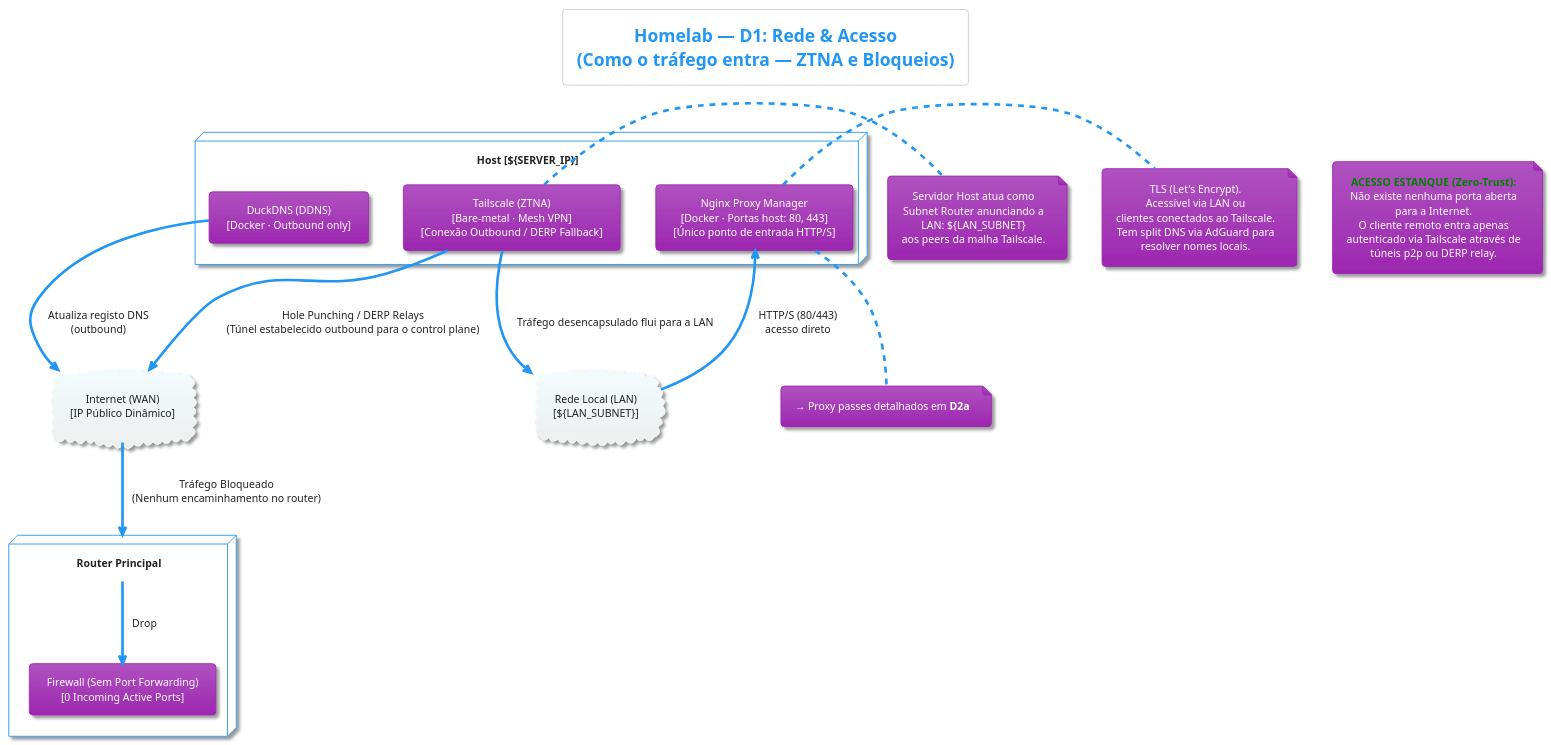
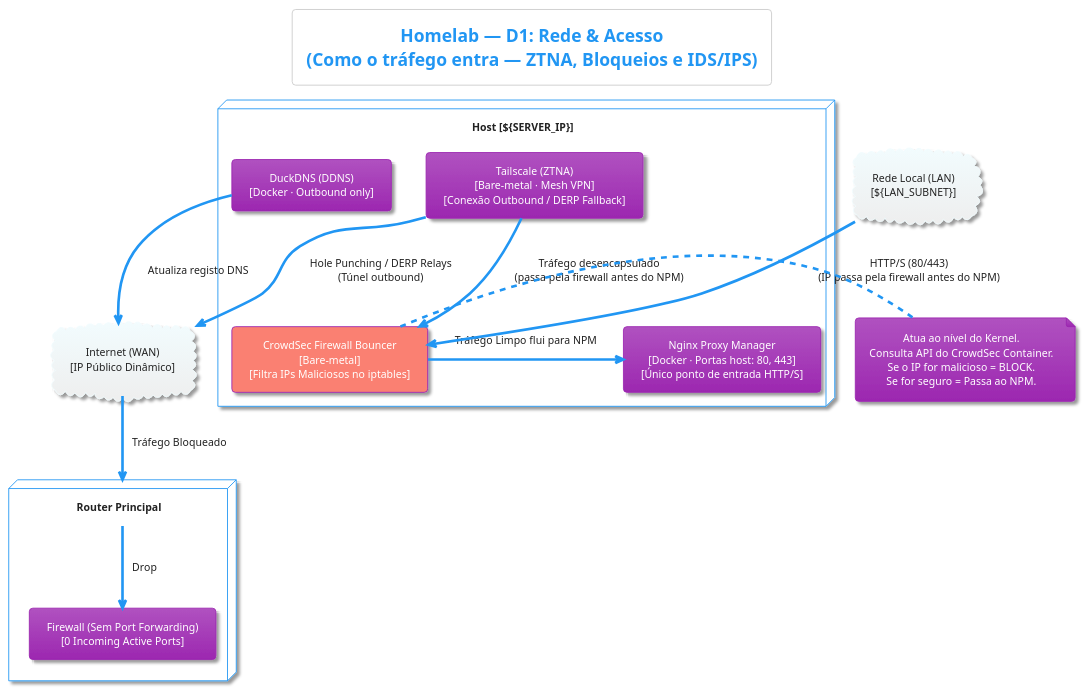
The diagram in Documents/DiagramasC4model/D1_Rede_Acesso.puml (GuiCoelhoC/HomeLab_Public), drawn with PlantUML before and after one commit. The commit also changed 9 other files, not shown here.

First line of the commit message:
docs: atualizar diagramas C4 com arquitetura CrowdSec (IDS/IPS)

```diff
--- a/Documents/DiagramasC4model/D1_Rede_Acesso.puml
+++ b/Documents/DiagramasC4model/D1_Rede_Acesso.puml
@@ -1,74 +1,43 @@
 @startuml D1_Rede_Acesso
 !theme materia
-title Homelab — D1: Rede & Acesso\n(Como o tráfego entra — ZTNA e Bloqueios)
+title Homelab — D1: Rede & Acesso\n(Como o tráfego entra — ZTNA, Bloqueios e IDS/IPS)
 
 top to bottom direction
 skinparam defaultTextAlignment center
 skinparam nodesep 40
 skinparam ranksep 55
 
-' ── Sistemas externos ─────────────────────────────────────────
 cloud "Internet (WAN)\n[IP Público Dinâmico]" as wan
 cloud "Rede Local (LAN)\n[${LAN_SUBNET}]" as lan
 
-' ── Router ────────────────────────────────────────────────────
 node "Router Principal" as router {
     card "Firewall (Sem Port Forwarding)\n[0 Incoming Active Ports]" as nat
 }
 
-' ── Host ──────────────────────────────────────────────────────
 node "Host [${SERVER_IP}]" as host {
-
+    card "CrowdSec Firewall Bouncer\n[Bare-metal]\n[Filtra IPs Maliciosos no iptables]" as bouncer #Salmon
+    card "Tailscale (ZTNA)\n[Bare-metal · Mesh VPN]\n[Conexão Outbound / DERP Fallback]" as vpn
+    card "Nginx Proxy Manager\n[Docker · Portas host: 80, 443]\n[Único ponto de entrada HTTP/S]" as npm
     card "DuckDNS (DDNS)\n[Docker · Outbound only]" as ddns
-
-    card "Tailscale (ZTNA)\n[Bare-metal · Mesh VPN]\n[Conexão Outbound / DERP Fallback]" as vpn
-
-    card "Nginx Proxy Manager\n[Docker · Portas host: 80, 443]\n[Único ponto de entrada HTTP/S]" as npm
-
+    
+    bouncer -> npm : "Tráfego Limpo flui para NPM"
 }
 
-' ── Fluxos a partir da WAN ───────────────────────────────────
-wan --> router : "Tráfego Bloqueado\n(Nenhum encaminhamento no router)"
+wan --> router : "Tráfego Bloqueado"
 router --> nat : "Drop"
 
-' ── Ligação Tailscale (Perfurando a Rede) ────────────────────
-vpn --> wan : "Hole Punching / DERP Relays\n(Túnel estabelecido outbound para o control plane)"
-note right of vpn
-  Servidor Host atua como
-  Subnet Router anunciando a
-  LAN: ${LAN_SUBNET}
-  aos peers da malha Tailscale.
-end note
+vpn --> wan : "Hole Punching / DERP Relays\n(Túnel outbound)"
 
-' ── Acesso LAN direto ────────────────────────────────────────
-lan --> npm : "HTTP/S (80/443)\nacesso direto"
-vpn --> lan : "Tráfego desencapsulado flui para a LAN"
+lan --> bouncer : "HTTP/S (80/443)\n(IP passa pela firewall antes do NPM)"
+vpn --> bouncer : "Tráfego desencapsulado\n(passa pela firewall antes do NPM)"
 
-' ── DDNS outbound ────────────────────────────────────────────
-ddns --> wan : "Atualiza registo DNS\n(outbound)"
+ddns --> wan : "Atualiza registo DNS"
 
-' ── Bloqueio explícito ────────────────────────────────────────
-note as block
-  <color:green>**ACESSO ESTANQUE (Zero-Trust):**</color>
-  Não existe nenhuma porta aberta
-  para a Internet.
-  O cliente remoto entra apenas
-  autenticado via Tailscale através de
-  túneis p2p ou DERP relay.
-end note
-
-' ── Notas de contexto ────────────────────────────────────────
-note right of npm
-  TLS (Let's Encrypt).
-  Acessível via LAN ou
-  clientes conectados ao Tailscale.
-  Tem split DNS via AdGuard para
-  resolver nomes locais.
-end note
-
-' ── Referência cruzada ───────────────────────────────────────
-note bottom of npm
-  → Proxy passes detalhados em **D2a**
+note right of bouncer
+  Atua ao nível do Kernel.
+  Consulta API do CrowdSec Container.
+  Se o IP for malicioso = BLOCK.
+  Se for seguro = Passa ao NPM.
 end note
 
 @enduml
```
